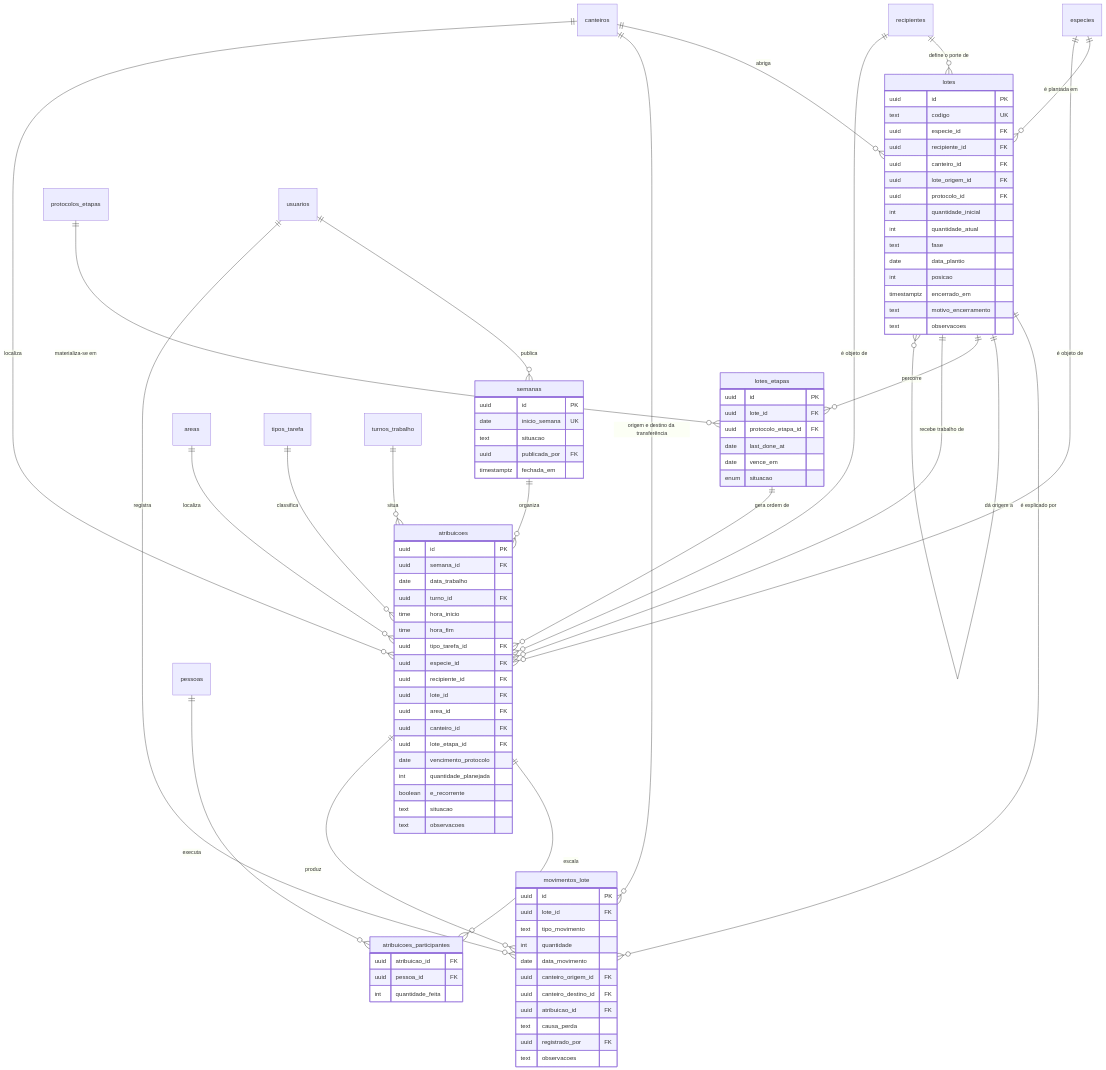
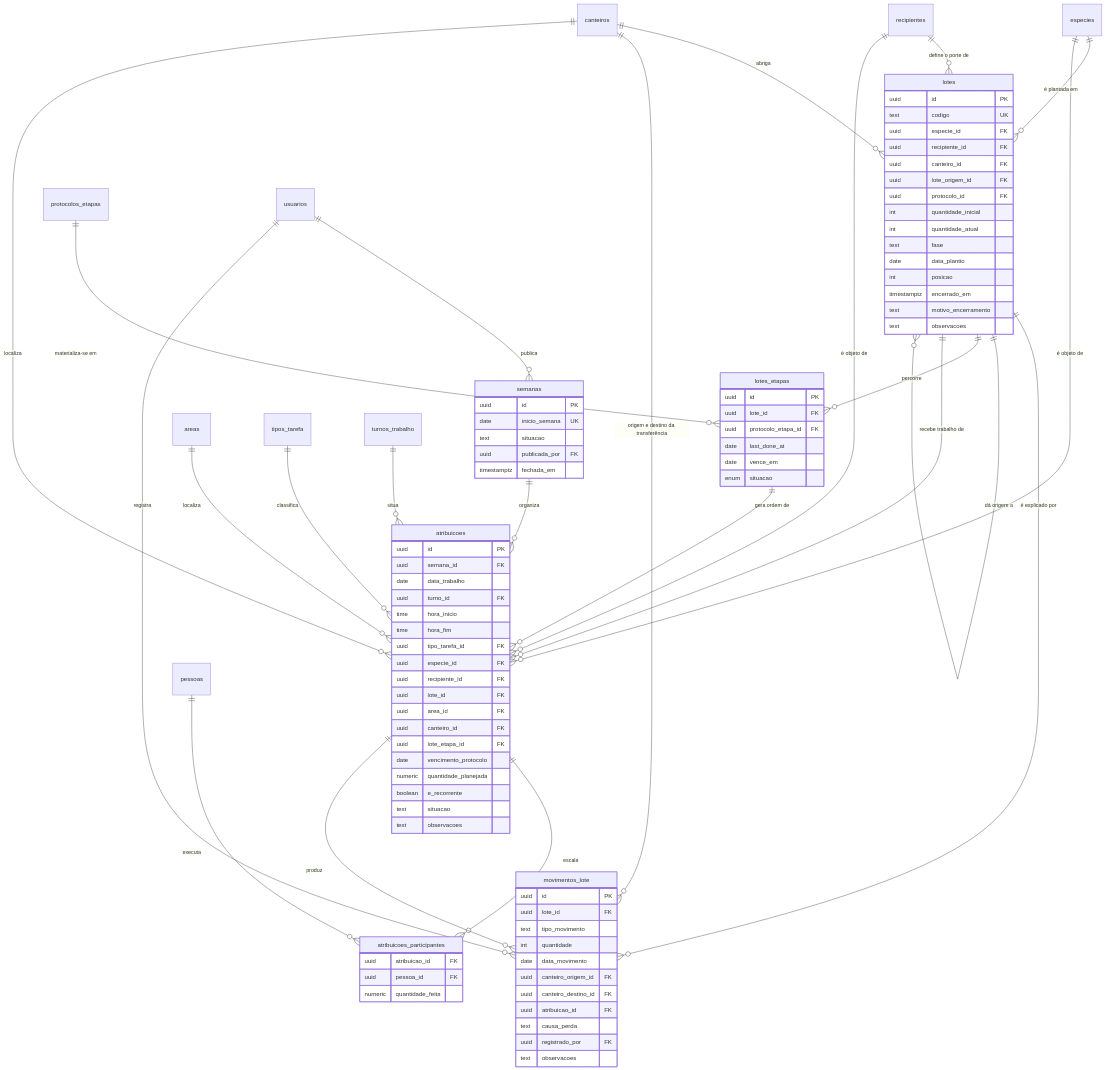
Before and after one commit to JoaoMudar/tcc: the fourth of 5 diagrams in docs/engenharia/C-modelagem/C6-modelo-entidade-relacionamento.md, drawn with Mermaid. The commit also changed other lines of this file and 28 other files, not shown here.

```diff
--- a/docs/engenharia/C-modelagem/C6-modelo-entidade-relacionamento.md
+++ b/docs/engenharia/C-modelagem/C6-modelo-entidade-relacionamento.md
@@ -482,15 +484,15 @@
     uuid    canteiro_id FK
     uuid    lote_etapa_id FK
     date    vencimento_protocolo
-    int     quantidade_planejada
+    numeric quantidade_planejada
     boolean e_recorrente
     text    situacao
     text    observacoes
   }
   atribuicoes_participantes {
-    uuid atribuicao_id FK
-    uuid pessoa_id FK
-    int  quantidade_feita
+    uuid    atribuicao_id FK
+    uuid    pessoa_id FK
+    numeric quantidade_feita
   }
   lotes {
     uuid        id PK
```
